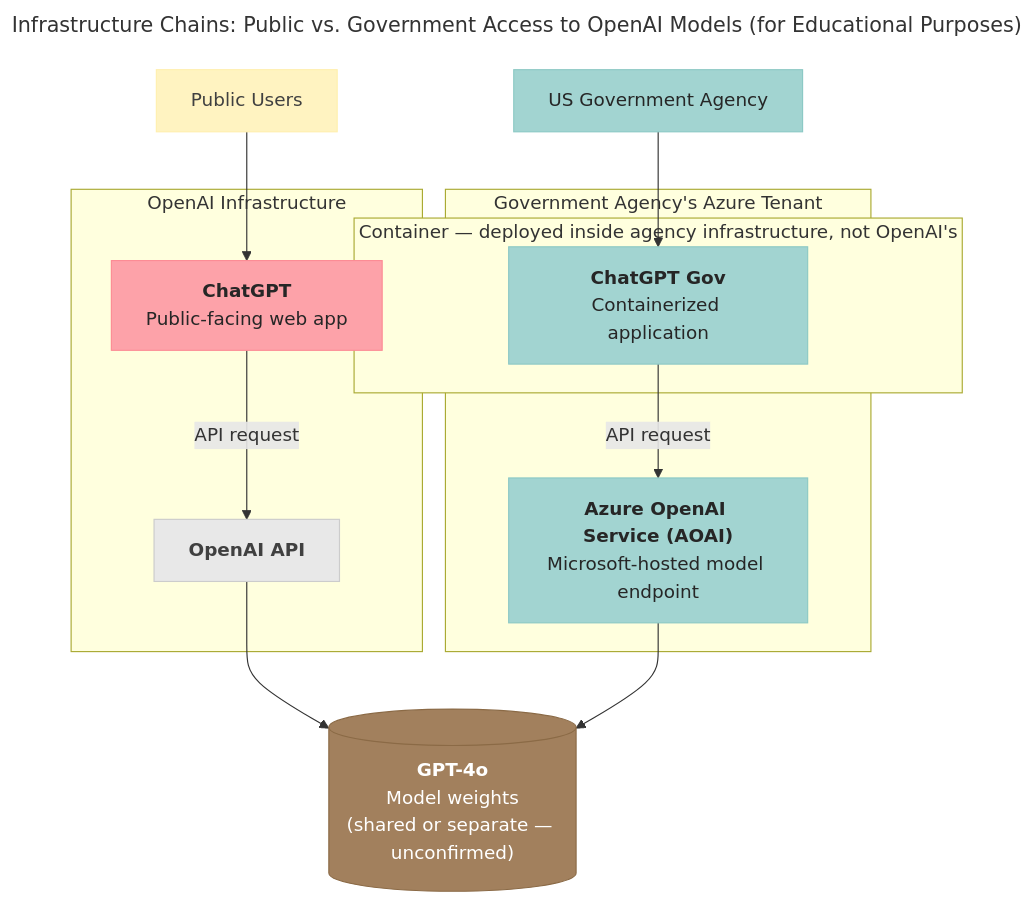
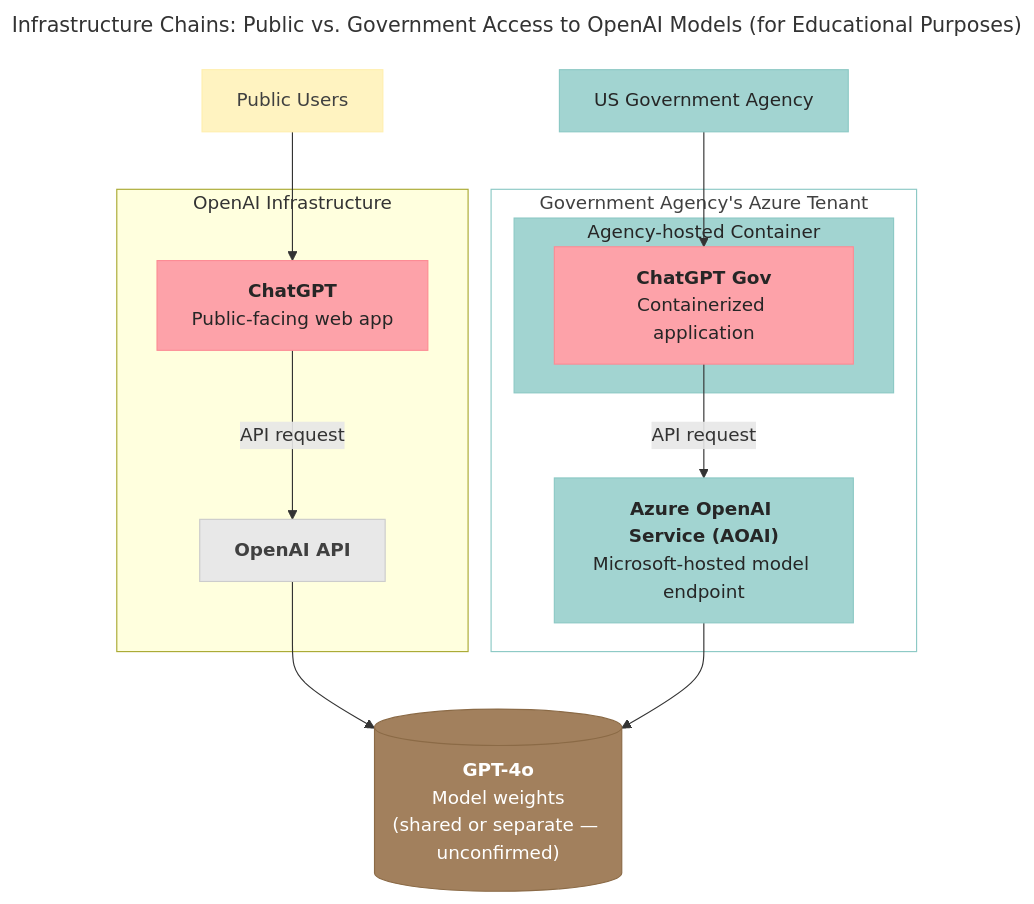
Before and after one commit to ragTechDev/ragtech-website: the first of 5 diagrams in data/posts/2026-04-06-openai-government-ai-infrastructure/index.md, drawn with Mermaid. The commit also changed other lines of this file and 4 other files, not shown here.

Commit message:
fix: mermaid styling, hydration warning, duplicate exports, author image

````diff
--- a/data/posts/2026-04-06-openai-government-ai-infrastructure/index.md
+++ b/data/posts/2026-04-06-openai-government-ai-infrastructure/index.md
@@ -94,35 +94,37 @@
 ```mermaid
 ---
 title: "Infrastructure Chains: Public vs. Government Access to OpenAI Models (for Educational Purposes)"
 ---
 graph TB
     PU["Public Users"] --> CGPT
     GA["US Government Agency"] --> CGOV
 
     subgraph OPENAI_INFRA["OpenAI Infrastructure"]
         CGPT["<b>ChatGPT</b><br/>Public-facing web app"]
         OAPI["<b>OpenAI API</b>"]
     end
 
     subgraph AZURE_TENANT["Government Agency's Azure Tenant"]
-        subgraph CONTAINER["Container — deployed inside agency infrastructure, not OpenAI's"]
+        subgraph CONTAINER["Agency-hosted Container"]
             CGOV["<b>ChatGPT Gov</b><br/>Containerized application"]
         end
         AOAI["<b>Azure OpenAI Service (AOAI)</b><br/>Microsoft-hosted model endpoint"]
     end
 
     CGPT -->|API request| OAPI
     CGOV -->|API request| AOAI
     OAPI --> MODEL
     AOAI --> MODEL
 
     MODEL[("<b>GPT-4o</b><br/>Model weights<br/>(shared or separate — unconfirmed)")]
 
     style PU fill:#fff3c1,stroke:#ffefae,color:#404040
     style GA fill:#a2d4d1,stroke:#8cc9c5,color:#262626
     style CGPT fill:#fda2a9,stroke:#fc8b94,color:#262626
-    style CGOV fill:#a2d4d1,stroke:#8cc9c5,color:#262626
+    style CGOV fill:#fda2a9,stroke:#fc8b94,color:#262626
     style OAPI fill:#e8e8e8,stroke:#cccccc,color:#404040
     style AOAI fill:#a2d4d1,stroke:#8cc9c5,color:#262626
     style MODEL fill:#a2805d,stroke:#8b6a46,color:#ffffff
+    style AZURE_TENANT fill:#ffffff,stroke:#8cc9c5,color:#404040
+    style CONTAINER fill:#a2d4d1,stroke:#8cc9c5,color:#262626
 ```
````
